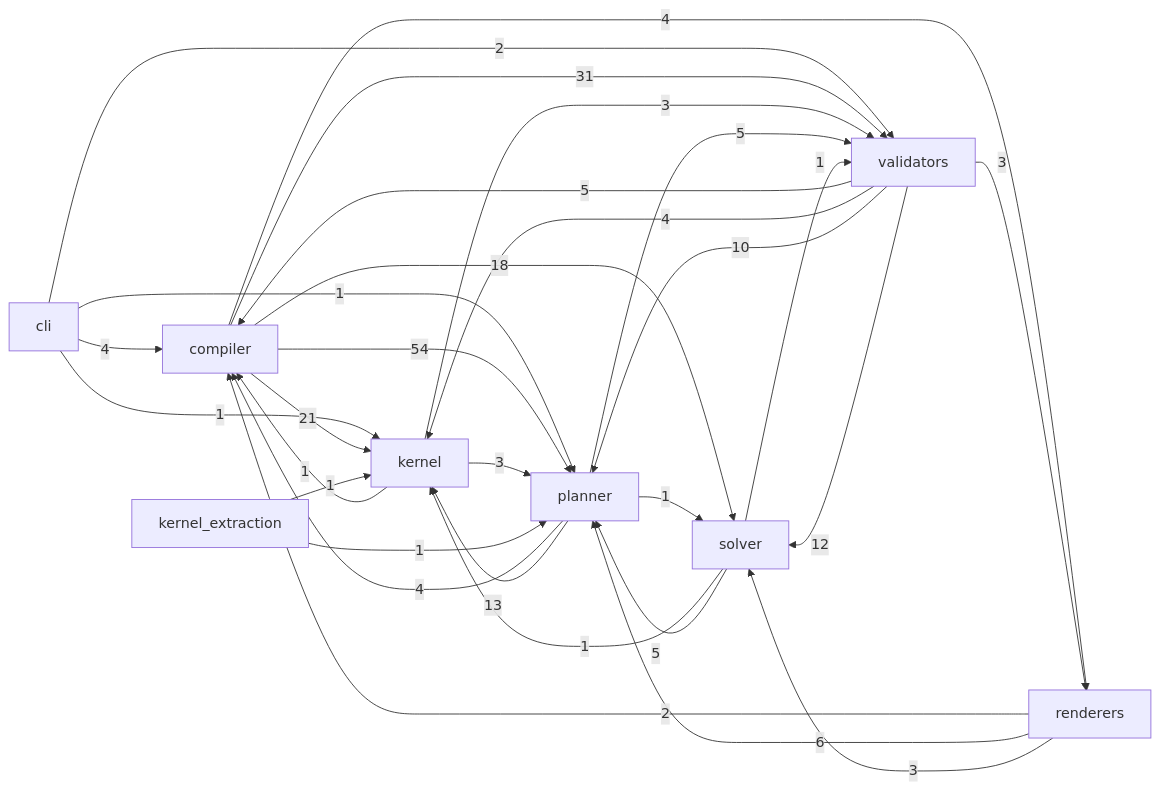
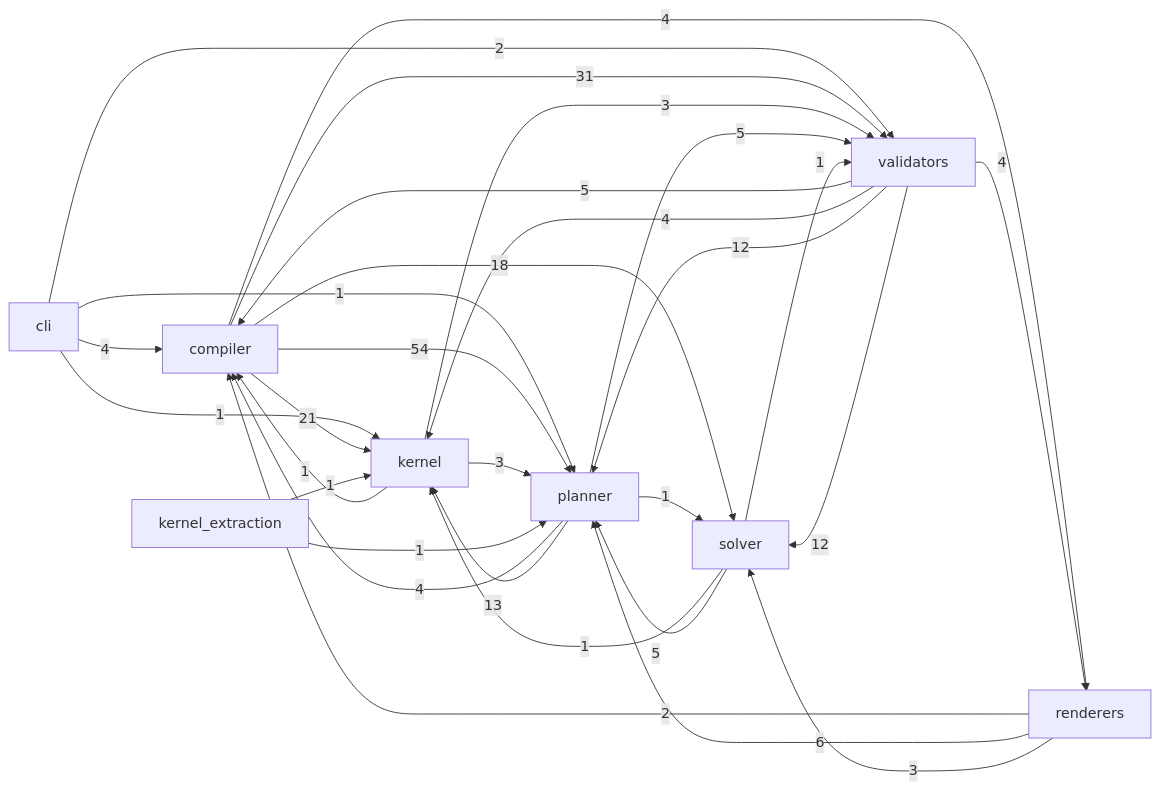
One commit to Kingsley-Cyber/cinematic-compiler-core changed the diagram in docs/reference/code.md. Above: the diagram before and after it, drawn with Mermaid. The commit also changed other lines of this file and 13 other files, not shown here.

First line of the commit message:
[S-115] ADR-O113 (owner): if the graph has it, the prompt prints it; the graph map (no drift) and the graph reach measured

````diff
--- a/docs/reference/code.md
+++ b/docs/reference/code.md
@@ -15,32 +15,32 @@
 ```mermaid
 flowchart LR
   cli -->|4| compiler
   cli -->|1| kernel
   cli -->|1| planner
   cli -->|2| validators
   compiler -->|21| kernel
   compiler -->|54| planner
   compiler -->|4| renderers
   compiler -->|18| solver
   compiler -->|31| validators
   kernel -->|1| compiler
   kernel -->|3| planner
   kernel -->|3| validators
   kernel_extraction -->|1| kernel
   kernel_extraction -->|1| planner
   planner -->|4| compiler
   planner -->|13| kernel
   planner -->|1| solver
   planner -->|5| validators
   renderers -->|2| compiler
   renderers -->|6| planner
   renderers -->|3| solver
   solver -->|1| kernel
   solver -->|5| planner
   solver -->|1| validators
   validators -->|5| compiler
   validators -->|4| kernel
-  validators -->|10| planner
-  validators -->|3| renderers
+  validators -->|12| planner
+  validators -->|4| renderers
   validators -->|12| solver
 ```
````
